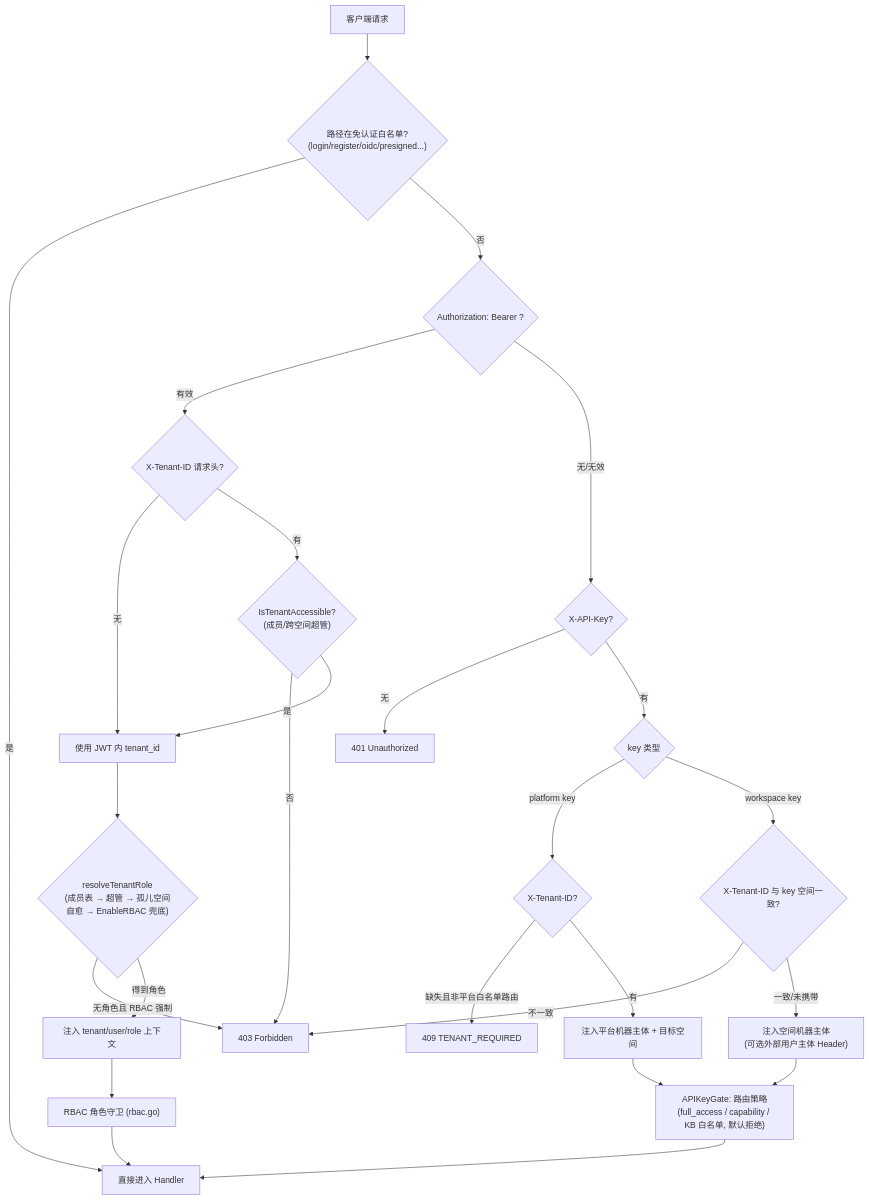
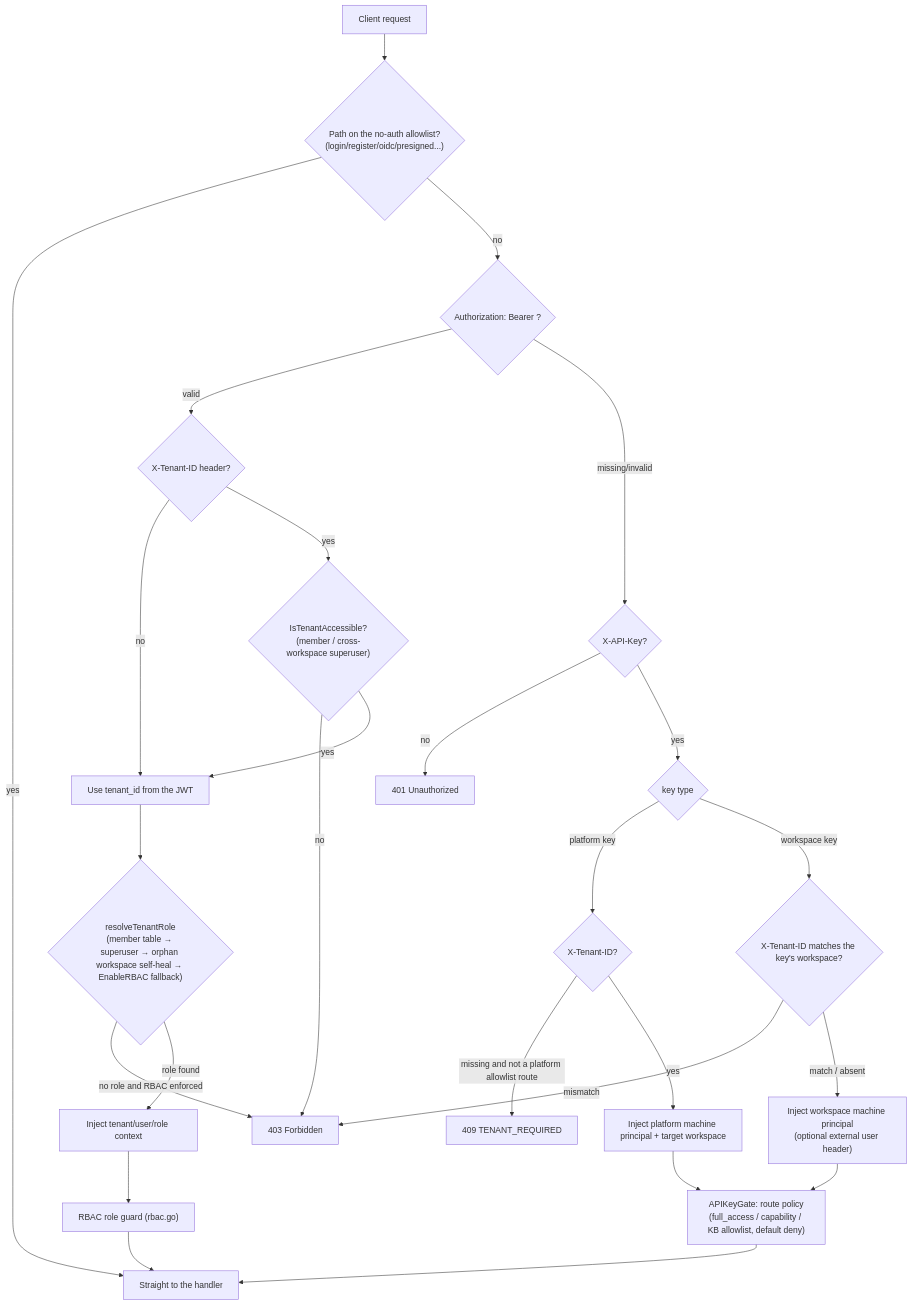
One commit to jrmatherly/ai-kb changed the diagram in website-docs/04-api/01-api-overview.md. Above: the diagram before and after it, drawn with Mermaid. The commit also changed other lines of this file and 5 other files, not shown here.

````diff
--- a/website-docs/04-api/01-api-overview.md
+++ b/website-docs/04-api/01-api-overview.md
@@ -68,28 +68,28 @@
 ```mermaid
 flowchart TD
-    A["客户端请求"] --> B{"路径在免认证白名单?<br/>(login/register/oidc/presigned...)"}
-    B -- "是" --> H["直接进入 Handler"]
-    B -- "否" --> C{"Authorization: Bearer <JWT>?"}
-    C -- "有效" --> D{"X-Tenant-ID 请求头?"}
-    D -- "无" --> E["使用 JWT 内 tenant_id"]
-    D -- "有" --> F{"IsTenantAccessible?<br/>(成员/跨空间超管)"}
-    F -- "否" --> G["403 Forbidden"]
-    F -- "是" --> E
-    E --> R{"resolveTenantRole<br/>(成员表 → 超管 → 孤儿空间自愈 → EnableRBAC 兜底)"}
-    R -- "无角色且 RBAC 强制" --> G
-    R -- "得到角色" --> P["注入 tenant/user/role 上下文"]
-    C -- "无/无效" --> K{"X-API-Key?"}
-    K -- "无" --> U["401 Unauthorized"]
-    K -- "有" --> L{"key 类型"}
+    A["Client request"] --> B{"Path on the no-auth allowlist?<br/>(login/register/oidc/presigned...)"}
+    B -- "yes" --> H["Straight to the handler"]
+    B -- "no" --> C{"Authorization: Bearer <JWT>?"}
+    C -- "valid" --> D{"X-Tenant-ID header?"}
+    D -- "no" --> E["Use tenant_id from the JWT"]
+    D -- "yes" --> F{"IsTenantAccessible?<br/>(member / cross-workspace superuser)"}
+    F -- "no" --> G["403 Forbidden"]
+    F -- "yes" --> E
+    E --> R{"resolveTenantRole<br/>(member table → superuser → orphan workspace self-heal → EnableRBAC fallback)"}
+    R -- "no role and RBAC enforced" --> G
+    R -- "role found" --> P["Inject tenant/user/role context"]
+    C -- "missing/invalid" --> K{"X-API-Key?"}
+    K -- "no" --> U["401 Unauthorized"]
+    K -- "yes" --> L{"key type"}
     L -- "platform key" --> M{"X-Tenant-ID?"}
-    M -- "缺失且非平台白名单路由" --> V["409 TENANT_REQUIRED"]
-    M -- "有" --> P2["注入平台机器主体 + 目标空间"]
-    L -- "workspace key" --> N{"X-Tenant-ID 与 key 空间一致?"}
-    N -- "不一致" --> G
-    N -- "一致/未携带" --> P3["注入空间机器主体<br/>(可选外部用户主体 Header)"]
-    P --> Q["RBAC 角色守卫 (rbac.go)"]
-    P2 --> S["APIKeyGate: 路由策略<br/>(full_access / capability / KB 白名单, 默认拒绝)"]
+    M -- "missing and not a platform allowlist route" --> V["409 TENANT_REQUIRED"]
+    M -- "yes" --> P2["Inject platform machine principal + target workspace"]
+    L -- "workspace key" --> N{"X-Tenant-ID matches the key's workspace?"}
+    N -- "mismatch" --> G
+    N -- "match / absent" --> P3["Inject workspace machine principal<br/>(optional external user header)"]
+    P --> Q["RBAC role guard (rbac.go)"]
+    P2 --> S["APIKeyGate: route policy<br/>(full_access / capability / KB allowlist, default deny)"]
     P3 --> S
     Q --> H
     S --> H
 ```
````
